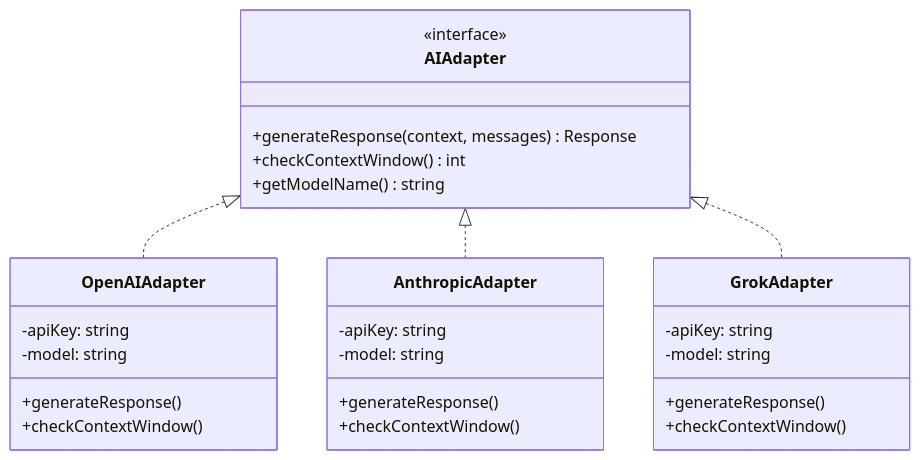
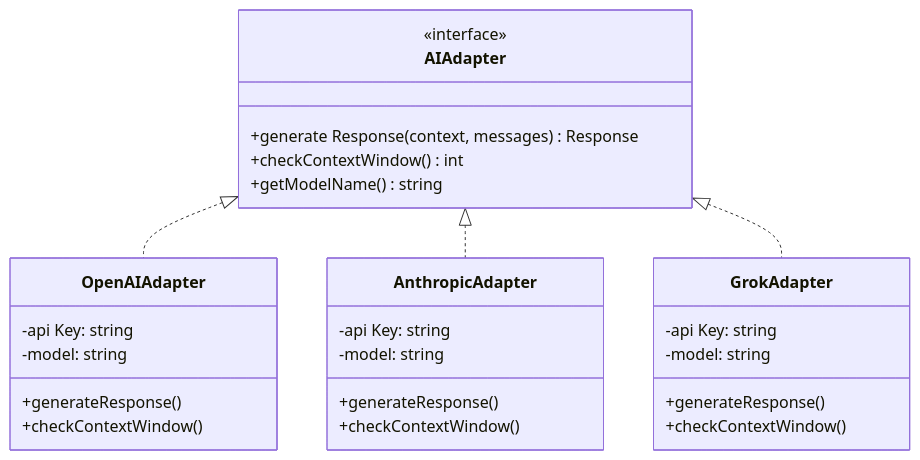
One commit to jak-pan/super-brainstorm-bot changed the third of 16 diagrams in ARCHITECTURE.md. Above: the diagram before and after it, drawn with Mermaid. The commit also changed other lines of this file, not shown here.

Commit message:
Fix: Add missing spaces in Mermaid diagram labels after br tag removal

````diff
--- a/ARCHITECTURE.md
+++ b/ARCHITECTURE.md
@@ -266,34 +266,34 @@
 ```mermaid
 classDiagram
     class AIAdapter {
         <<interface>>
-        +generateResponse(context, messages) Response
+        +generate Response(context, messages) Response
         +checkContextWindow() int
         +getModelName() string
     }
     
     class OpenAIAdapter {
-        -apiKey: string
+        -api Key: string
         -model: string
         +generateResponse()
         +checkContextWindow()
     }
     
     class AnthropicAdapter {
-        -apiKey: string
+        -api Key: string
         -model: string
         +generateResponse()
         +checkContextWindow()
     }
     
     class GrokAdapter {
-        -apiKey: string
+        -api Key: string
         -model: string
         +generateResponse()
         +checkContextWindow()
     }
     
     AIAdapter <|.. OpenAIAdapter
     AIAdapter <|.. AnthropicAdapter
     AIAdapter <|.. GrokAdapter
 ```
````
